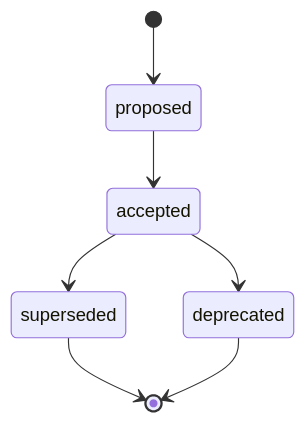
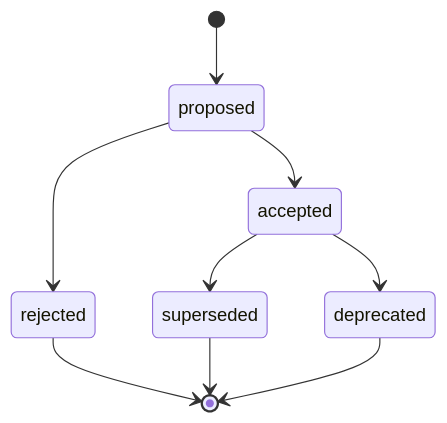
The third of 3 diagrams in docs/records/rfcs/0001-records-process.md (gsuquet/homelab), drawn with Mermaid before and after one commit. The commit also changed other lines of this file and 2 other files, not shown here.

First line of the commit message:
docs(records): add the rejected ADR state and close the last RFC 0001 questions

````diff
--- a/docs/records/rfcs/0001-records-process.md
+++ b/docs/records/rfcs/0001-records-process.md
@@ -208,9 +210,11 @@
 ```mermaid
 stateDiagram-v2
     [*] --> proposed
     proposed --> accepted
+    proposed --> rejected
     accepted --> superseded
     accepted --> deprecated
+    rejected --> [*]
     superseded --> [*]
     deprecated --> [*]
 ```
````
